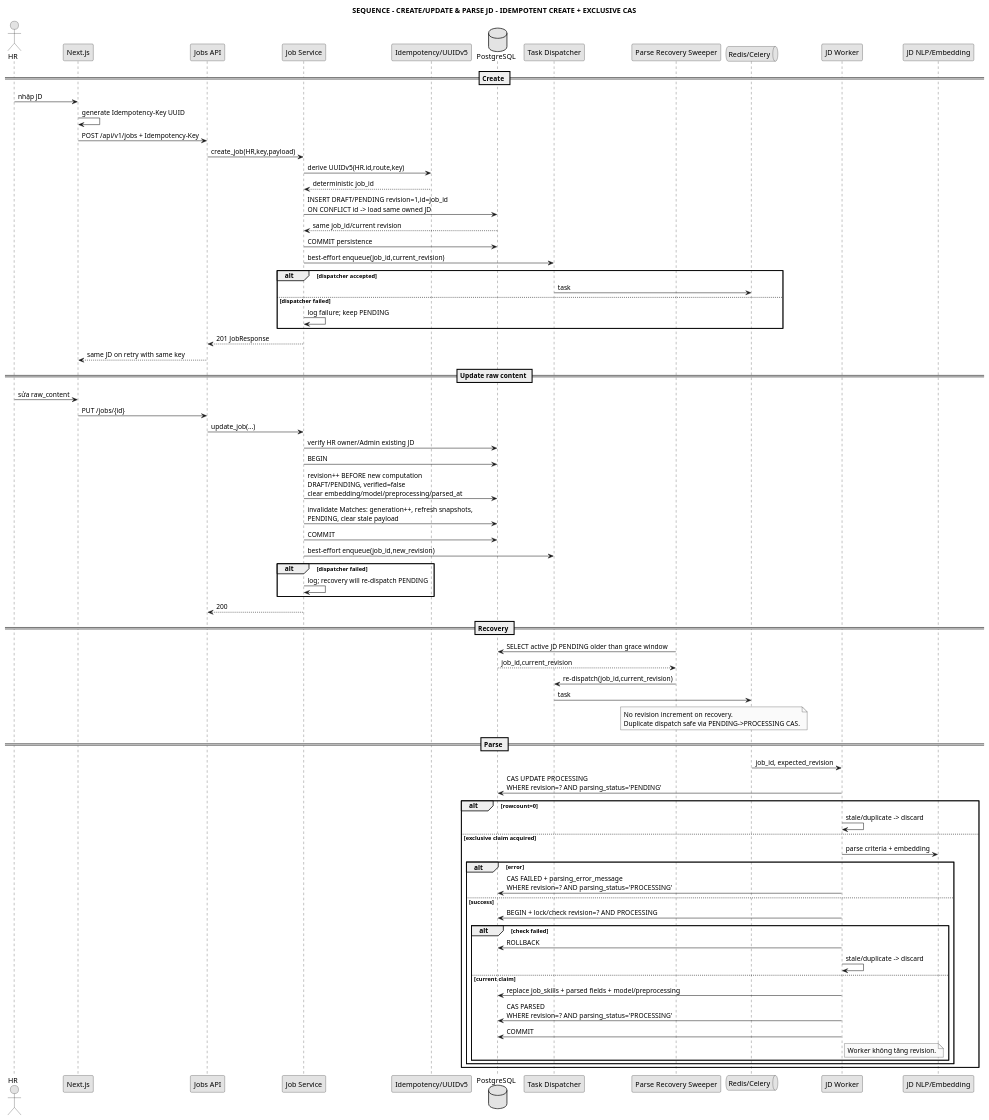
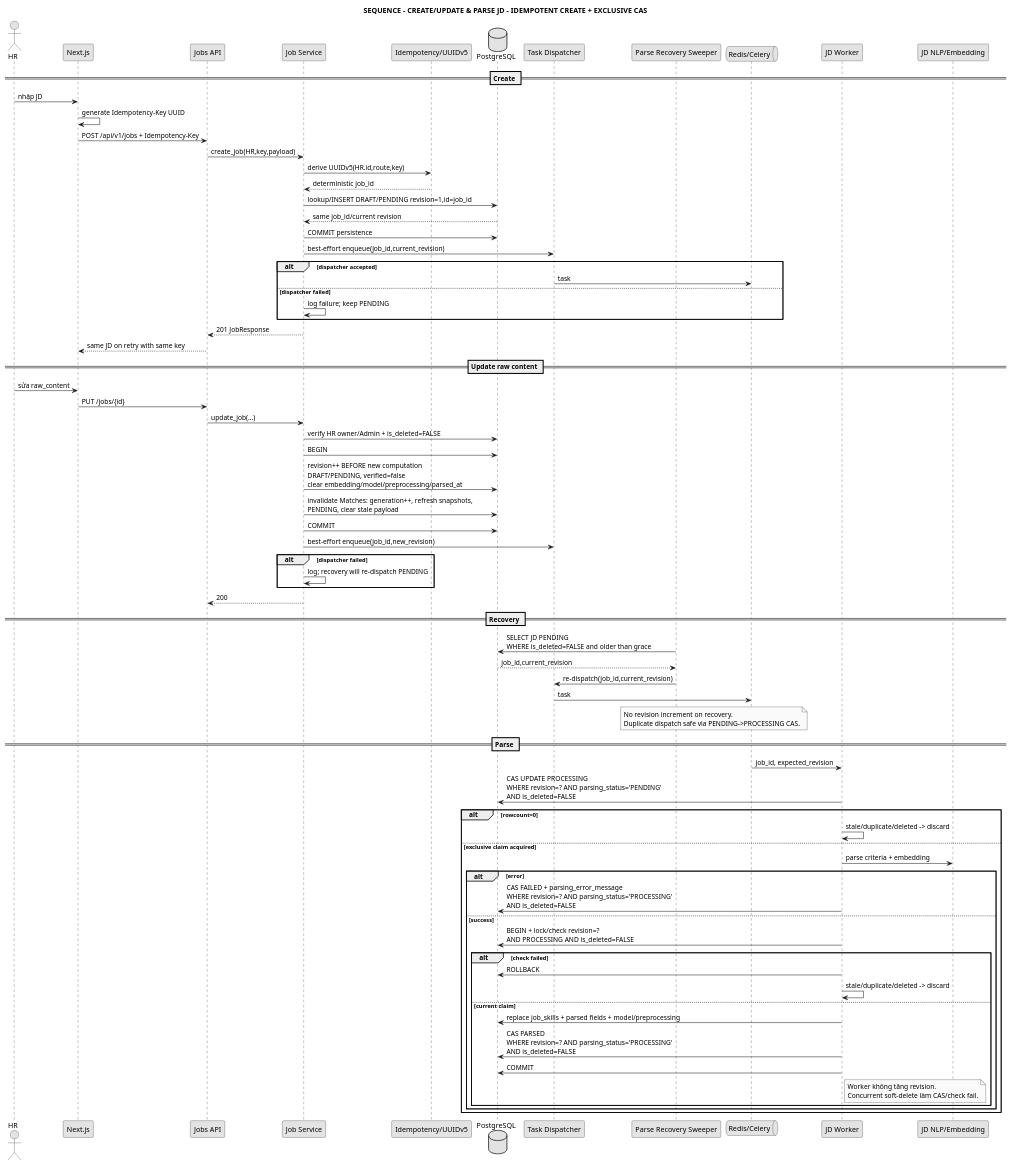
Before and after one commit to anh632k-ui/WebCVUngVienTuyenDung: the diagram in docs/04_sequence/seq_create_parse_job.puml, drawn with PlantUML.

Commit message:
docs(sequence): add soft-delete guard to JD worker CAS

```diff
--- a/docs/04_sequence/seq_create_parse_job.puml
+++ b/docs/04_sequence/seq_create_parse_job.puml
@@ -1,86 +1,87 @@
 @startuml
 skinparam monochrome true
 skinparam shadowing false
 title SEQUENCE - CREATE/UPDATE & PARSE JD - IDEMPOTENT CREATE + EXCLUSIVE CAS
 
 actor HR
 participant "Next.js" as FE
 participant "Jobs API" as API
 participant "Job Service" as Service
 participant "Idempotency/UUIDv5" as Idem
 database "PostgreSQL" as DB
 participant "Task Dispatcher" as Dispatcher
 participant "Parse Recovery Sweeper" as Recovery
 queue "Redis/Celery" as Queue
 participant "JD Worker" as Worker
 participant "JD NLP/Embedding" as NLP
 
 == Create ==
 HR -> FE : nhập JD
 FE -> FE : generate Idempotency-Key UUID
 FE -> API : POST /api/v1/jobs + Idempotency-Key
 API -> Service : create_job(HR,key,payload)
 Service -> Idem : derive UUIDv5(HR.id,route,key)
 Idem --> Service : deterministic job_id
-Service -> DB : INSERT DRAFT/PENDING revision=1,id=job_id\nON CONFLICT id -> load same owned JD
+Service -> DB : lookup/INSERT DRAFT/PENDING revision=1,id=job_id
 DB --> Service : same job_id/current revision
 Service -> DB : COMMIT persistence
 Service -> Dispatcher : best-effort enqueue(job_id,current_revision)
 alt dispatcher accepted
   Dispatcher -> Queue : task
 else dispatcher failed
   Service -> Service : log failure; keep PENDING
 end
 Service --> API : 201 JobResponse
 API --> FE : same JD on retry with same key
 
 == Update raw content ==
 HR -> FE : sửa raw_content
 FE -> API : PUT /jobs/{id}
 API -> Service : update_job(...)
-Service -> DB : verify HR owner/Admin existing JD
+Service -> DB : verify HR owner/Admin + is_deleted=FALSE
 Service -> DB : BEGIN
 Service -> DB : revision++ BEFORE new computation\nDRAFT/PENDING, verified=false\nclear embedding/model/preprocessing/parsed_at
 Service -> DB : invalidate Matches: generation++, refresh snapshots,\nPENDING, clear stale payload
 Service -> DB : COMMIT
 Service -> Dispatcher : best-effort enqueue(job_id,new_revision)
 alt dispatcher failed
   Service -> Service : log; recovery will re-dispatch PENDING
 end
 Service --> API : 200
 
 == Recovery ==
-Recovery -> DB : SELECT active JD PENDING older than grace window
+Recovery -> DB : SELECT JD PENDING\nWHERE is_deleted=FALSE and older than grace
 DB --> Recovery : job_id,current_revision
 Recovery -> Dispatcher : re-dispatch(job_id,current_revision)
 Dispatcher -> Queue : task
 note over Recovery,Queue
 No revision increment on recovery.
 Duplicate dispatch safe via PENDING->PROCESSING CAS.
 end note
 
 == Parse ==
 Queue -> Worker : job_id, expected_revision
-Worker -> DB : CAS UPDATE PROCESSING\nWHERE revision=? AND parsing_status='PENDING'
+Worker -> DB : CAS UPDATE PROCESSING\nWHERE revision=? AND parsing_status='PENDING'\nAND is_deleted=FALSE
 alt rowcount=0
-  Worker -> Worker : stale/duplicate -> discard
+  Worker -> Worker : stale/duplicate/deleted -> discard
 else exclusive claim acquired
   Worker -> NLP : parse criteria + embedding
   alt error
-    Worker -> DB : CAS FAILED + parsing_error_message\nWHERE revision=? AND parsing_status='PROCESSING'
+    Worker -> DB : CAS FAILED + parsing_error_message\nWHERE revision=? AND parsing_status='PROCESSING'\nAND is_deleted=FALSE
   else success
-    Worker -> DB : BEGIN + lock/check revision=? AND PROCESSING
+    Worker -> DB : BEGIN + lock/check revision=?\nAND PROCESSING AND is_deleted=FALSE
     alt check failed
       Worker -> DB : ROLLBACK
-      Worker -> Worker : stale/duplicate -> discard
+      Worker -> Worker : stale/duplicate/deleted -> discard
     else current claim
       Worker -> DB : replace job_skills + parsed fields + model/preprocessing
-      Worker -> DB : CAS PARSED\nWHERE revision=? AND parsing_status='PROCESSING'
+      Worker -> DB : CAS PARSED\nWHERE revision=? AND parsing_status='PROCESSING'\nAND is_deleted=FALSE
       Worker -> DB : COMMIT
       note right of Worker
       Worker không tăng revision.
+      Concurrent soft-delete làm CAS/check fail.
       end note
     end
   end
 end
 @enduml
```
